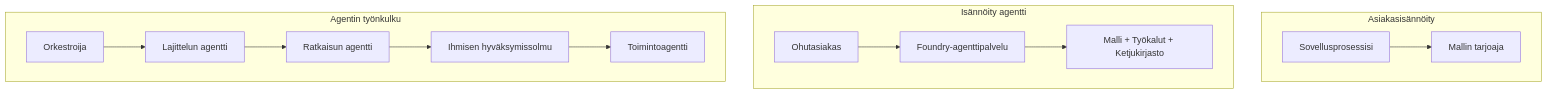
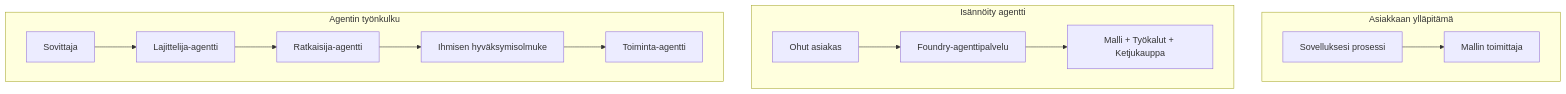
One commit to gabrielmoreira/agent-skills-mirror changed the first of 4 diagrams in mirrors/repos/microsoft@ai-agents-for-beginners/translations/fi/16-deploying-scalable-agents/README.md. Above: the diagram before and after it, drawn with Mermaid. The commit also changed other lines of this file and 4262 other files, not shown here.

````diff
--- a/mirrors/repos/microsoft@ai-agents-for-beginners/translations/fi/16-deploying-scalable-agents/README.md
+++ b/mirrors/repos/microsoft@ai-agents-for-beginners/translations/fi/16-deploying-scalable-agents/README.md
@@ -87,16 +87,16 @@
 ```mermaid
 flowchart TB
-    subgraph P1[Asiakasisännöity]
-        A1[Sovellusprosessisi] --> M1[Mallin tarjoaja]
+    subgraph P1[Asiakkaan ylläpitämä]
+        A1[Sovelluksesi prosessi] --> M1[Mallin toimittaja]
     end
     subgraph P2[Isännöity agentti]
-        A2[Ohutasiakas] --> F2[Foundry-agenttipalvelu]
-        F2 --> M2[Malli + Työkalut + Ketjukirjasto]
+        A2[Ohut asiakas] --> F2[Foundry-agenttipalvelu]
+        F2 --> M2[Malli + Työkalut + Ketjukauppa]
     end
     subgraph P3[Agentin työnkulku]
-        A3[Orkestroija] --> S1[Lajittelun agentti]
-        S1 --> S2[Ratkaisun agentti]
-        S2 --> H[Ihmisen hyväksymissolmu]
-        H --> S3[Toimintoagentti]
+        A3[Sovittaja] --> S1[Lajittelija-agentti]
+        S1 --> S2[Ratkaisija-agentti]
+        S2 --> H[Ihmisen hyväksymisolmuke]
+        H --> S3[Toiminta-agentti]
     end
 ```
````
